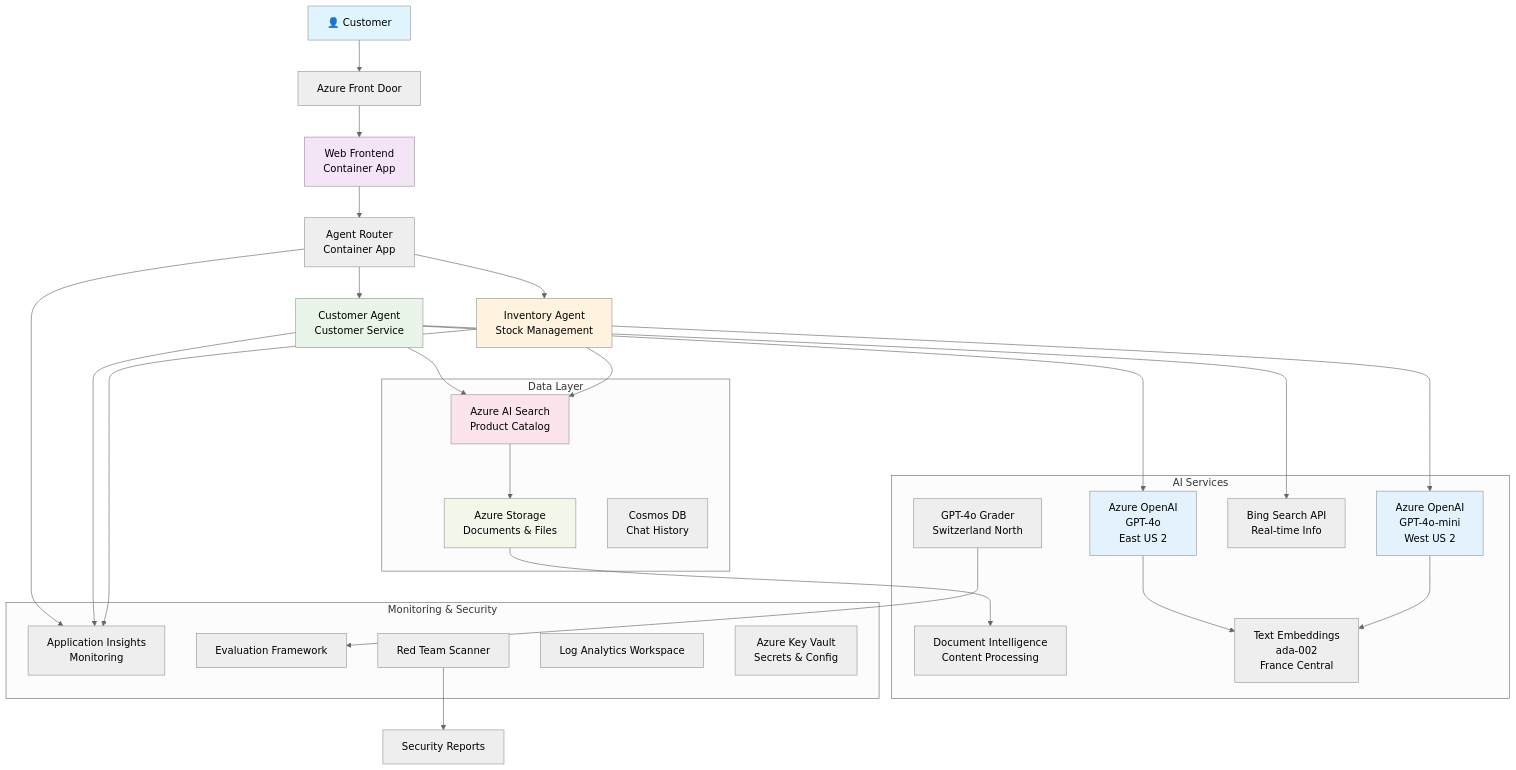
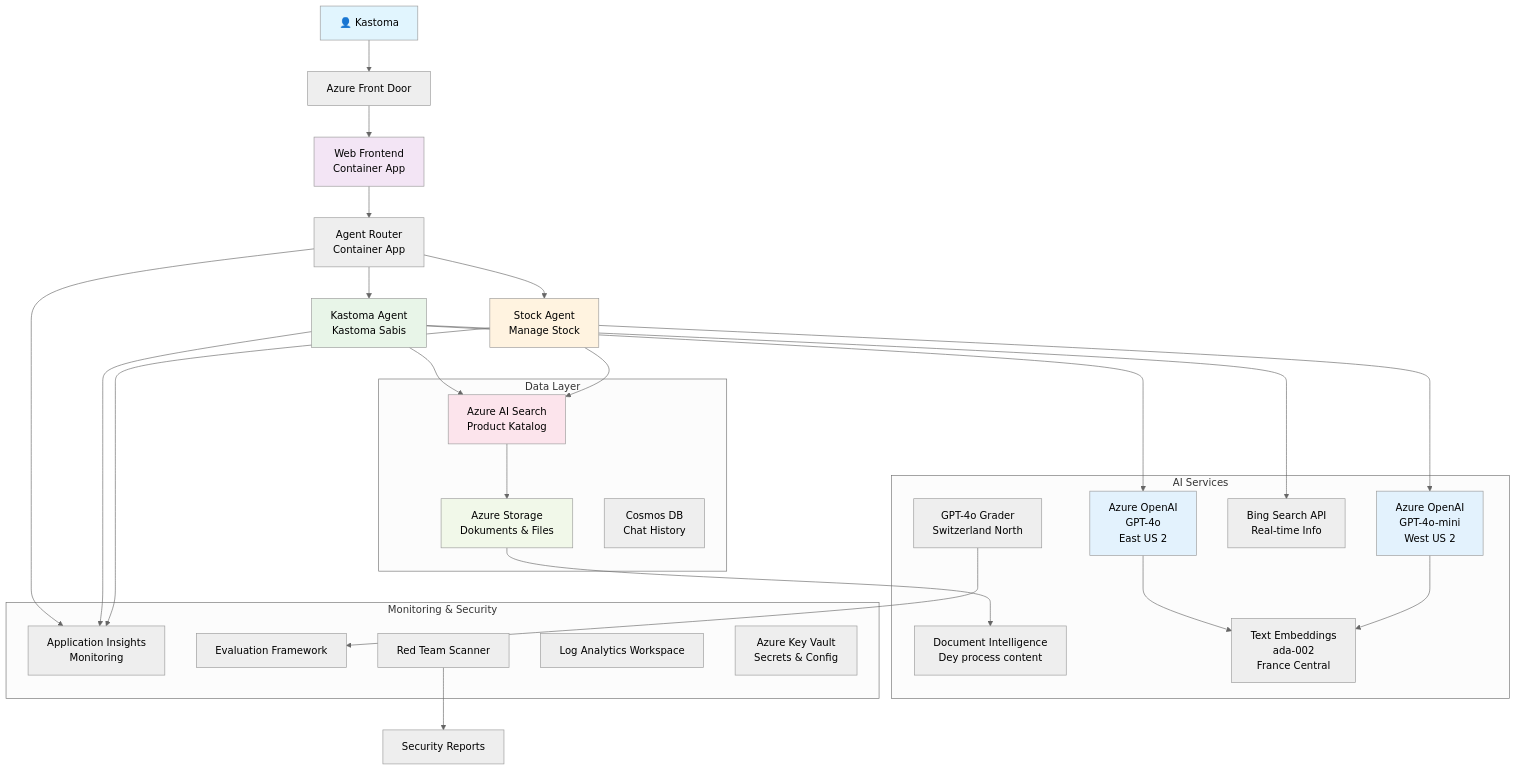
One commit to microsoft/AZD-for-beginners changed the diagram in translations/pcm/examples/retail-scenario.md. Above: the diagram before and after it, drawn with Mermaid (neutral theme). The commit also changed other lines of this file and 245 other files, not shown here.

````diff
--- a/translations/pcm/examples/retail-scenario.md
+++ b/translations/pcm/examples/retail-scenario.md
@@ -148,61 +139,61 @@
 ```mermaid
 graph TB
-    User[👤 Customer] --> LB[Azure Front Door]
+    User[👤 Kastoma] --> LB[Azure Front Door]
     LB --> WebApp[Web Frontend<br/>Container App]
     
     WebApp --> Router[Agent Router<br/>Container App]
-    Router --> CustomerAgent[Customer Agent<br/>Customer Service]
-    Router --> InvAgent[Inventory Agent<br/>Stock Management]
+    Router --> CustomerAgent[Kastoma Agent<br/>Kastoma Sabis]
+    Router --> InvAgent[Stock Agent<br/>Manage Stock]
     
     CustomerAgent --> OpenAI1[Azure OpenAI<br/>GPT-4o<br/>East US 2]
     InvAgent --> OpenAI2[Azure OpenAI<br/>GPT-4o-mini<br/>West US 2]
     
-    CustomerAgent --> AISearch[Azure AI Search<br/>Product Catalog]
+    CustomerAgent --> AISearch[Azure AI Search<br/>Product Katalog]
     CustomerAgent --> BingSearch[Bing Search API<br/>Real-time Info]
     InvAgent --> AISearch
     
-    AISearch --> Storage[Azure Storage<br/>Documents & Files]
-    Storage --> DocIntel[Document Intelligence<br/>Content Processing]
+    AISearch --> Storage[Azure Storage<br/>Dokuments & Files]
+    Storage --> DocIntel[Document Intelligence<br/>Dey process content]
     
     OpenAI1 --> Embeddings[Text Embeddings<br/>ada-002<br/>France Central]
     OpenAI2 --> Embeddings
     
     Router --> AppInsights[Application Insights<br/>Monitoring]
     CustomerAgent --> AppInsights
     InvAgent --> AppInsights
     
     GraderModel[GPT-4o Grader<br/>Switzerland North] --> Evaluation[Evaluation Framework]
     RedTeam[Red Team Scanner] --> SecurityReports[Security Reports]
     
     subgraph "Data Layer"
         Storage
         AISearch
         CosmosDB[Cosmos DB<br/>Chat History]
     end
     
     subgraph "AI Services"
         OpenAI1
         OpenAI2
         Embeddings
         GraderModel
         DocIntel
         BingSearch
     end
     
     subgraph "Monitoring & Security"
         AppInsights
         LogAnalytics[Log Analytics Workspace]
         KeyVault[Azure Key Vault<br/>Secrets & Config]
         RedTeam
         Evaluation
     end
     
     style User fill:#e1f5fe
     style WebApp fill:#f3e5f5
     style CustomerAgent fill:#e8f5e8
     style InvAgent fill:#fff3e0
     style OpenAI1 fill:#e3f2fd
     style OpenAI2 fill:#e3f2fd
     style AISearch fill:#fce4ec
     style Storage fill:#f1f8e9
 ```
````
